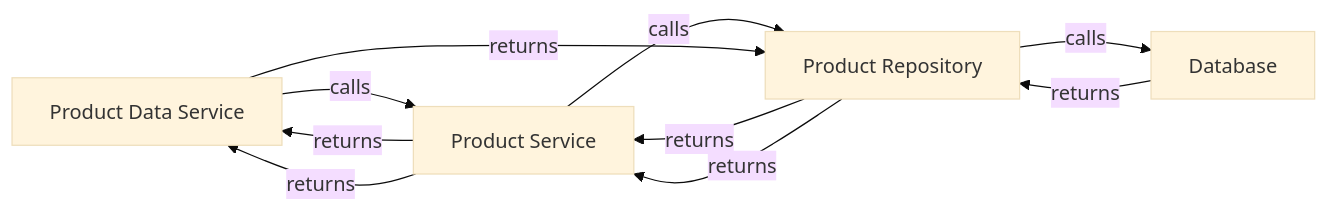
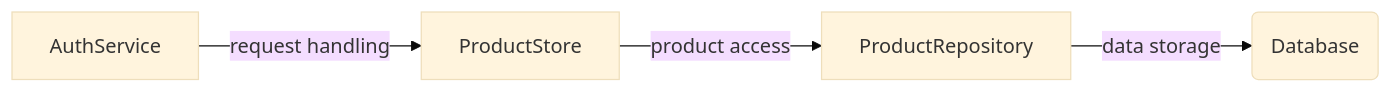
Before and after one commit to meghanahp/Universal-Product-Store: the first of 2 diagrams in docs/architecture.md, drawn with Mermaid (base theme). The commit also changed other lines of this file, not shown here.

Commit message:
docs(1): architecture

````diff
--- a/docs/architecture.md
+++ b/docs/architecture.md
@@ -12,12 +14,6 @@
 ```mermaid
 graph LR
-    ProductDataService[Product Data Service] -->|calls| ProductService[Product Service]
-    ProductService -->|calls| ProductRepository[Product Repository]
-    ProductRepository -->|calls| Database[Database]
-    Database -->|returns| ProductRepository
-    ProductRepository -->|returns| ProductService
-    ProductService -->|returns| ProductDataService
-    ProductDataService -->|returns| ProductRepository
-    ProductRepository -->|returns| ProductService
-    ProductService -->|returns| ProductDataService
+    AuthService[AuthService] -->|request handling| ProductStore(ProductStore)
+    ProductStore[ProductStore] -->|product access| ProductRepository(ProductRepository)
+    ProductRepository[ProductRepository] -->|data storage| Database(Database)
 ```
````
